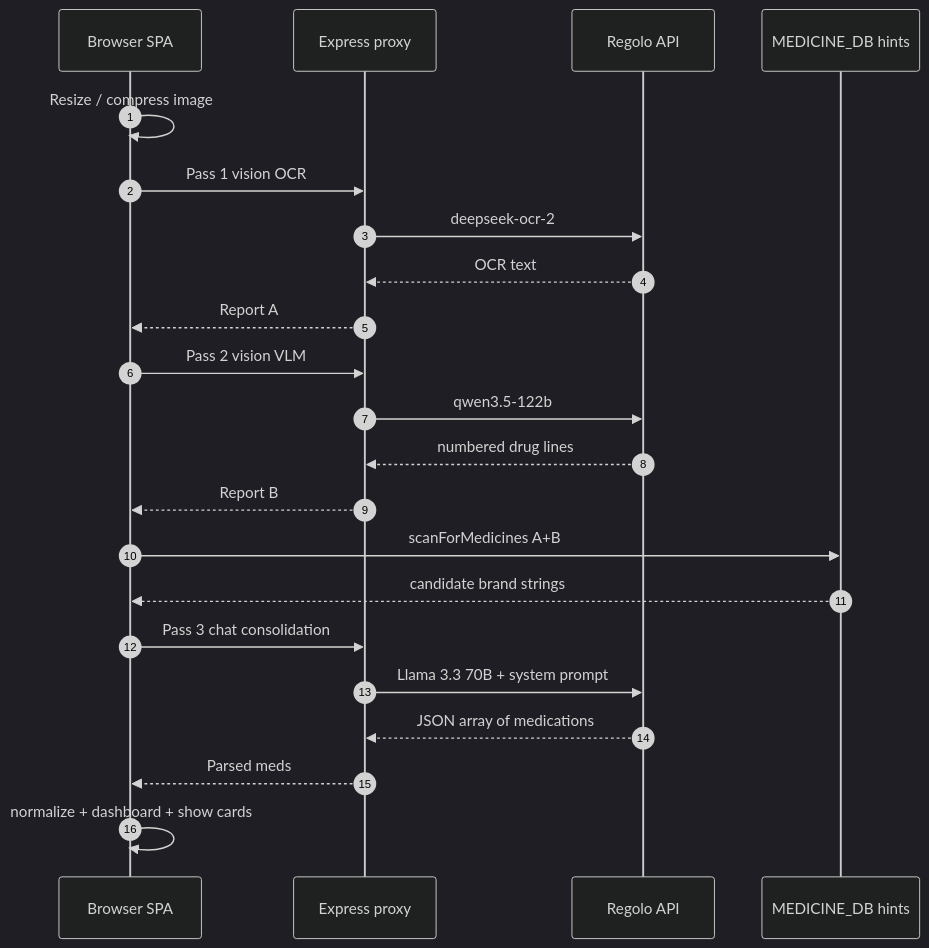
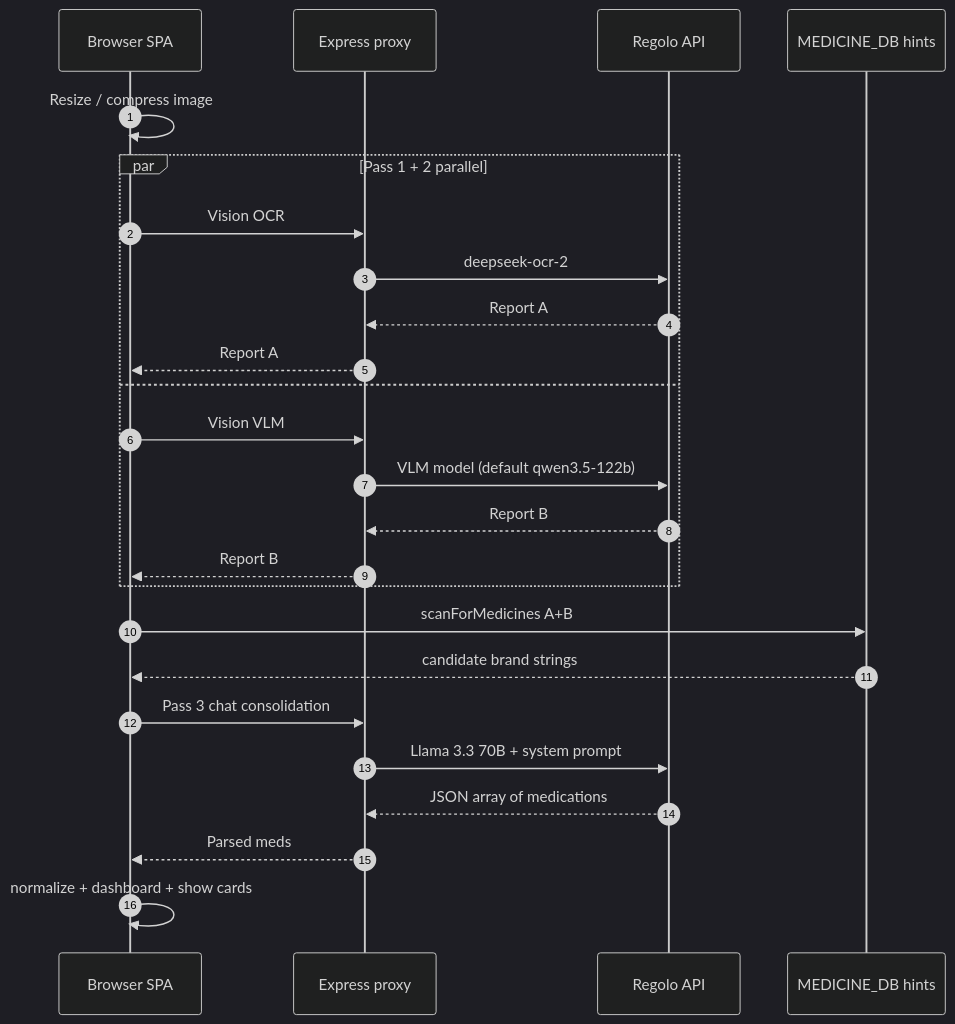
The third of 6 diagrams in README.md (tayyabrehman96/HEC-Generative-AI-Training-Hackathon), drawn with Mermaid (dark theme) before and after one commit. The commit also changed other lines of this file and 1 other file, not shown here.

Commit message:
docs: refresh README and package description for current pipeline (parallel OCR+VLM, proxy, tools)

````diff
--- a/README.md
+++ b/README.md
@@ -169,24 +181,27 @@
 ```mermaid
 sequenceDiagram
   autonumber
   participant Browser as Browser SPA
   participant Proxy as Express proxy
   participant Regolo as Regolo API
   participant Fuzz as MEDICINE_DB hints
   Browser->>Browser: Resize / compress image
-  Browser->>Proxy: Pass 1 vision OCR
-  Proxy->>Regolo: deepseek-ocr-2
-  Regolo-->>Proxy: OCR text
-  Proxy-->>Browser: Report A
-  Browser->>Proxy: Pass 2 vision VLM
-  Proxy->>Regolo: qwen3.5-122b
-  Regolo-->>Proxy: numbered drug lines
-  Proxy-->>Browser: Report B
+  par Pass 1 + 2 parallel
+    Browser->>Proxy: Vision OCR
+    Proxy->>Regolo: deepseek-ocr-2
+    Regolo-->>Proxy: Report A
+    Proxy-->>Browser: Report A
+  and
+    Browser->>Proxy: Vision VLM
+    Proxy->>Regolo: VLM model (default qwen3.5-122b)
+    Regolo-->>Proxy: Report B
+    Proxy-->>Browser: Report B
+  end
   Browser->>Fuzz: scanForMedicines A+B
   Fuzz-->>Browser: candidate brand strings
   Browser->>Proxy: Pass 3 chat consolidation
   Proxy->>Regolo: Llama 3.3 70B + system prompt
   Regolo-->>Proxy: JSON array of medications
   Proxy-->>Browser: Parsed meds
   Browser->>Browser: normalize + dashboard + show cards
 ```
````
